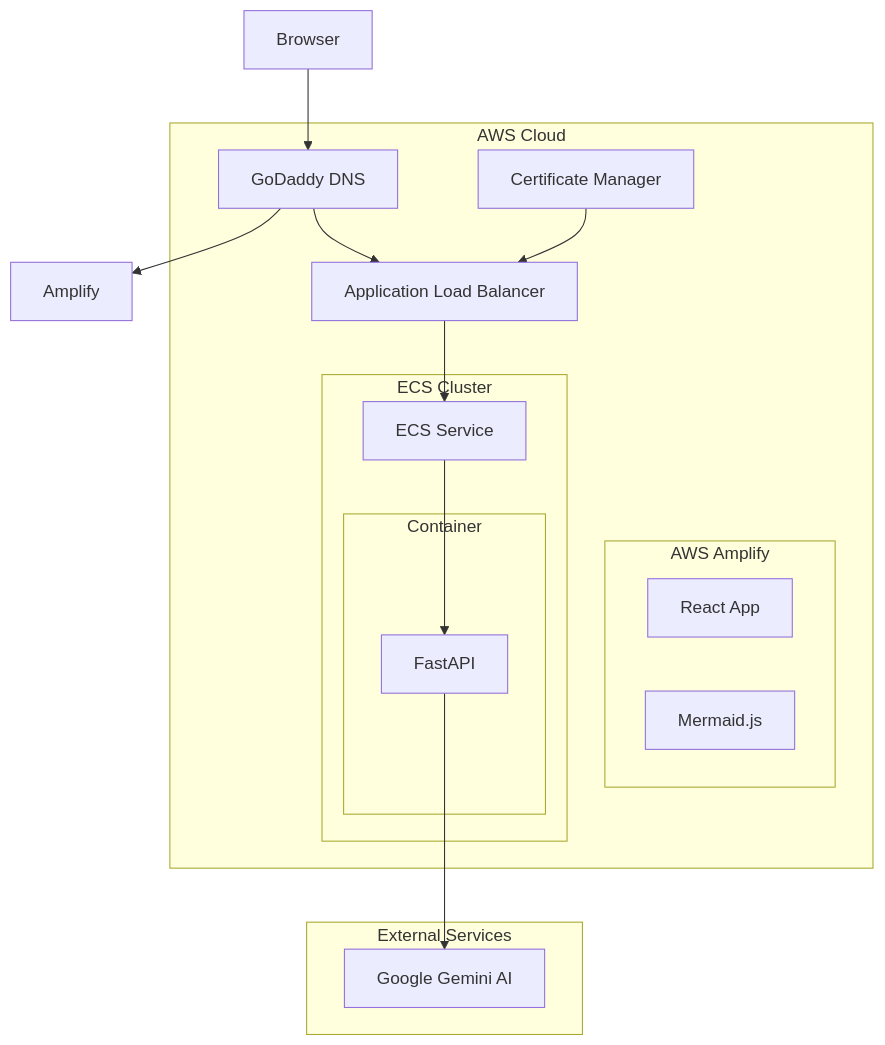
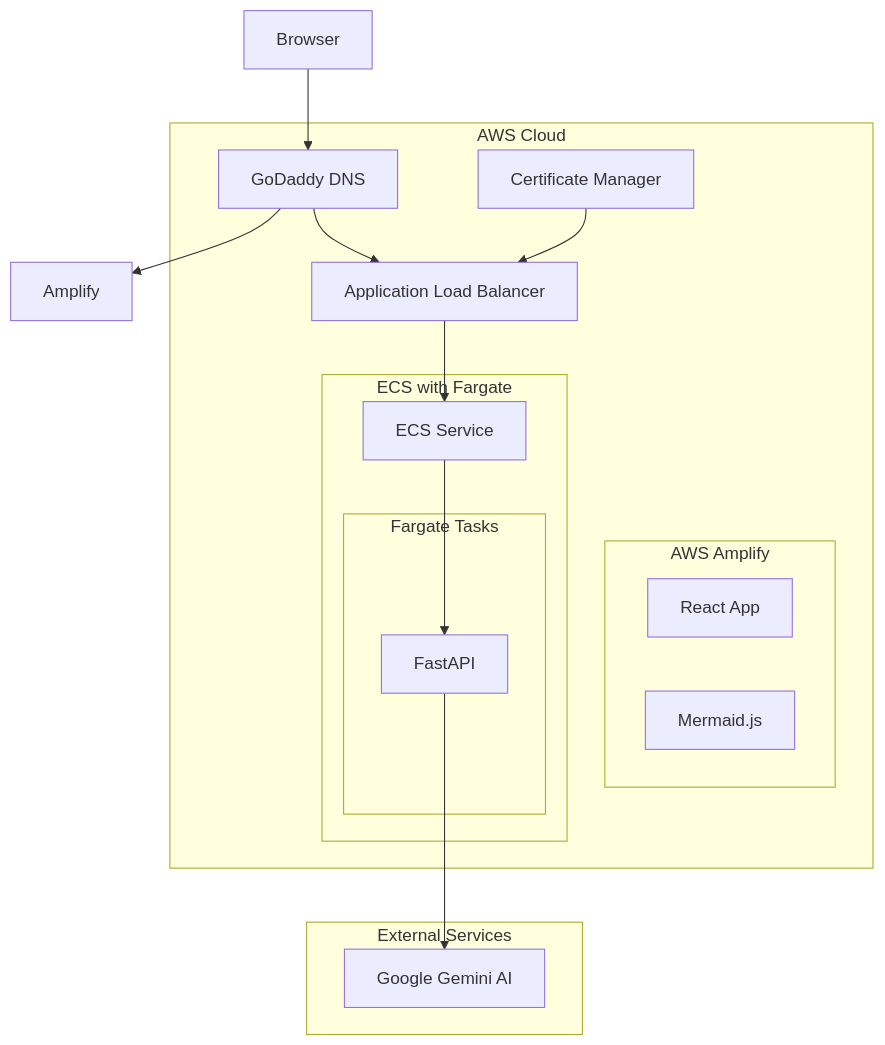
The diagram in README.md (anthonyhungnguyen/Text2Diagram), drawn with Mermaid before and after one commit. The commit also changed other lines of this file, not shown here.

````diff
--- a/README.md
+++ b/README.md
@@ -21,33 +21,33 @@
 ```mermaid
 flowchart TB
     subgraph AWS Cloud
         ALB[Application Load Balancer]
         
         subgraph "AWS Amplify"
             React[React App]
             Mermaid[Mermaid.js]
         end
         
-        subgraph "ECS Cluster"
+        subgraph "ECS with Fargate"
             Service[ECS Service]
-            subgraph "Container"
+            subgraph "Fargate Tasks"
                 FastAPI
             end
         end
         
         GoDaddy[GoDaddy DNS]
         ACM[Certificate Manager]
     end
     
     subgraph "External Services"
         Gemini[Google Gemini AI]
     end
     
     User[Browser] --> GoDaddy
     GoDaddy --> Amplify
     GoDaddy --> ALB
     ALB --> Service
     Service --> FastAPI
     FastAPI --> Gemini
     ACM --> ALB
 ```
````
